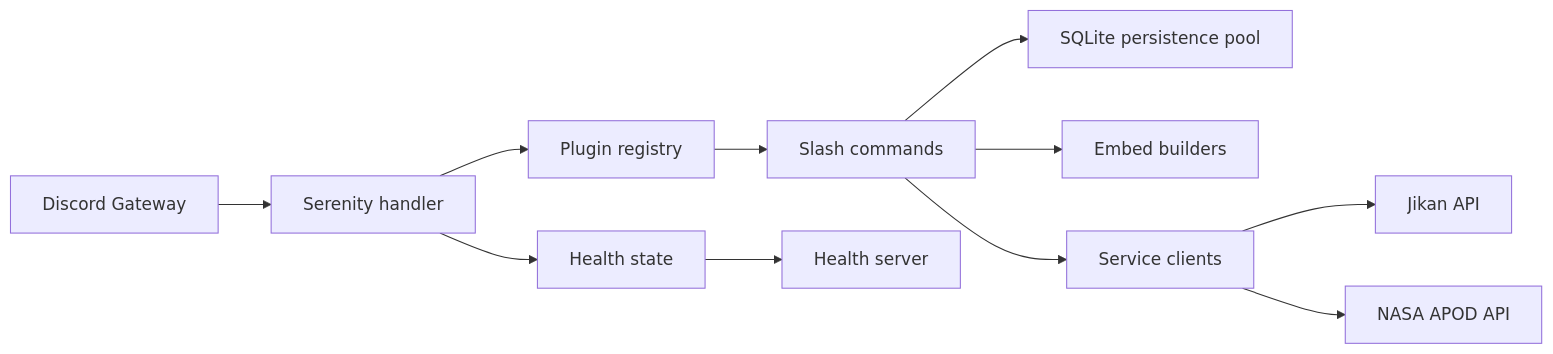
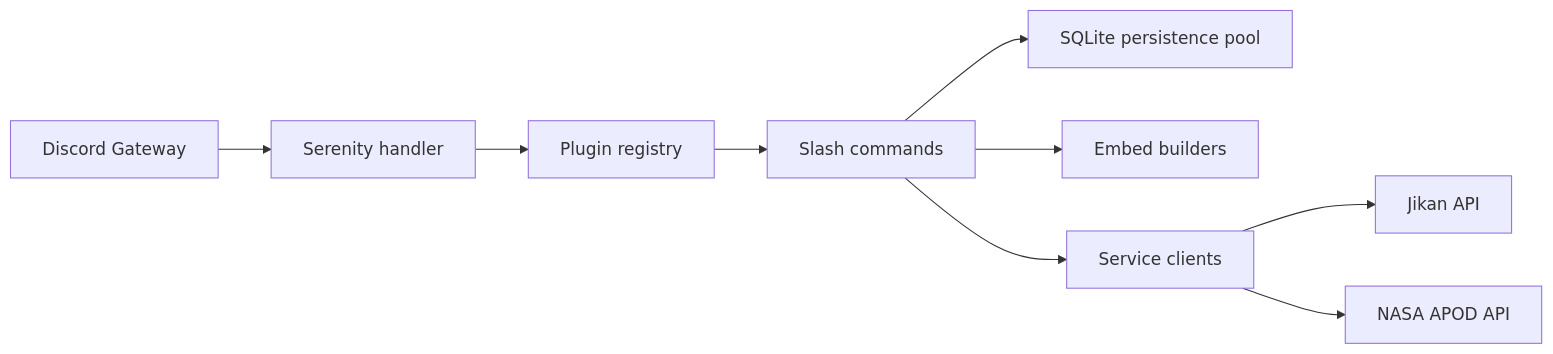
The diagram in docs/architecture.md (nathan2slime/seris), drawn with Mermaid before and after one commit. The commit also changed other lines of this file and 9 other files, not shown here.

````diff
--- a/docs/architecture.md
+++ b/docs/architecture.md
@@ -5,13 +5,11 @@
 ```mermaid
 flowchart LR
   Discord[Discord Gateway] --> Handler[Serenity handler]
   Handler --> Plugins[Plugin registry]
   Plugins --> Commands[Slash commands]
   Commands --> Database[SQLite persistence pool]
   Commands --> Embeds[Embed builders]
   Commands --> Services[Service clients]
   Services --> Jikan[Jikan API]
   Services --> NASA[NASA APOD API]
-  Handler --> Health[Health state]
-  Health --> HealthHTTP[Health server]
 ```
````
